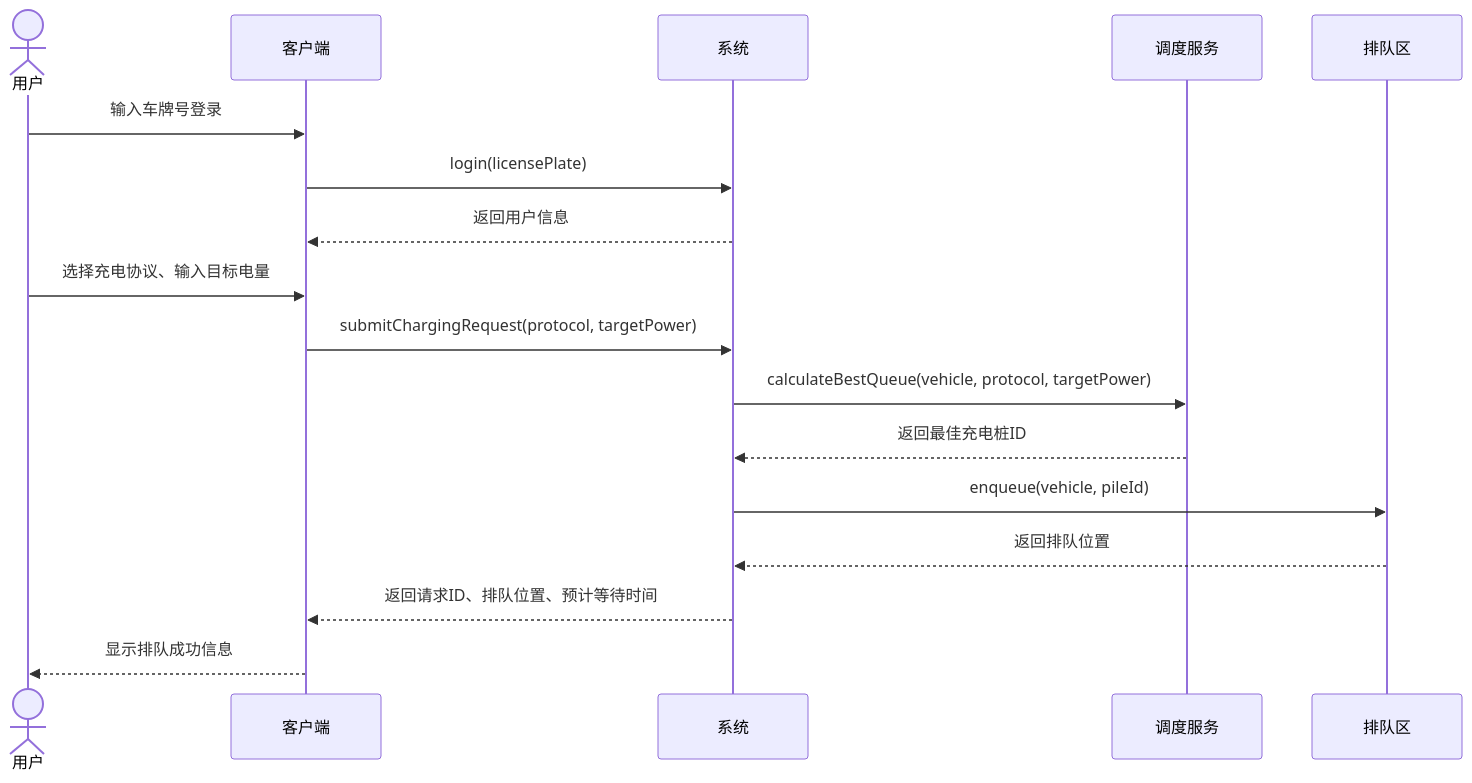
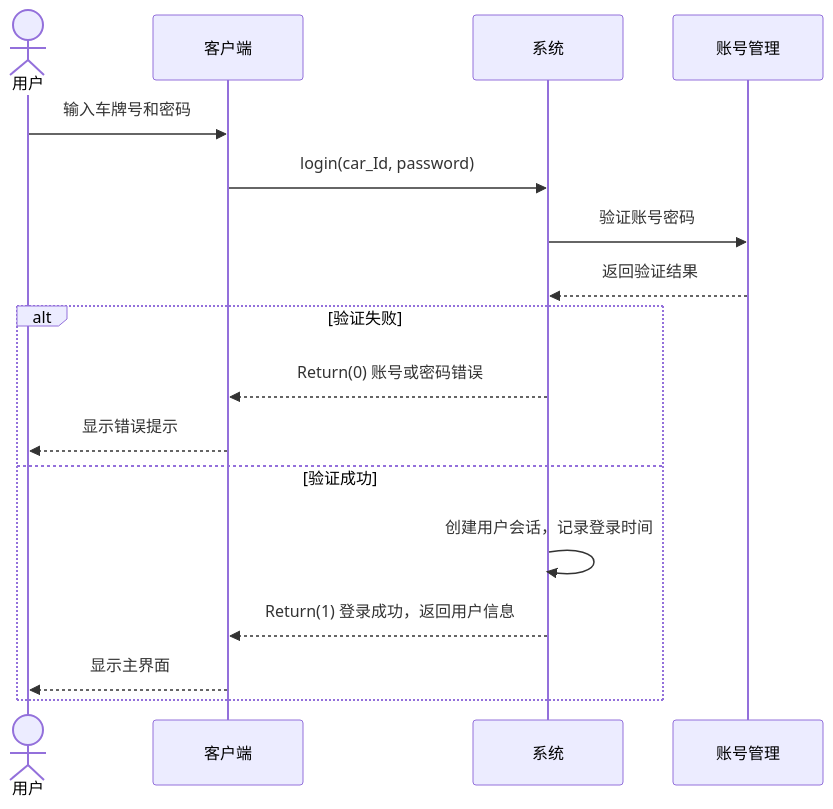
One commit to DuHaoyang626/charge-system changed the third of 19 diagrams in docs/用例模型.md. Above: the diagram before and after it, drawn with Mermaid. The commit also changed other lines of this file and 4 other files, not shown here.

````diff
--- a/docs/用例模型.md
+++ b/docs/用例模型.md
@@ -121,24 +184,22 @@
 ```mermaid
 sequenceDiagram
     actor User as 用户
     participant Client as 客户端
     participant System as 系统
-    participant Dispatch as 调度服务
-    participant Queue as 排队区
+    participant Account as 账号管理
     
-    User->>Client: 输入车牌号登录
-    Client->>System: login(licensePlate)
-    System-->>Client: 返回用户信息
+    User->>Client: 输入车牌号和密码
+    Client->>System: login(car_Id, password)
     
-    User->>Client: 选择充电协议、输入目标电量
-    Client->>System: submitChargingRequest(protocol, targetPower)
+    System->>Account: 验证账号密码
+    Account-->>System: 返回验证结果
     
-    System->>Dispatch: calculateBestQueue(vehicle, protocol, targetPower)
-    Dispatch-->>System: 返回最佳充电桩ID
-    
-    System->>Queue: enqueue(vehicle, pileId)
-    Queue-->>System: 返回排队位置
-    
-    System-->>Client: 返回请求ID、排队位置、预计等待时间
-    Client-->>User: 显示排队成功信息
+    alt 验证失败
+        System-->>Client: Return(0) 账号或密码错误
+        Client-->>User: 显示错误提示
+    else 验证成功
+        System->>System: 创建用户会话，记录登录时间
+        System-->>Client: Return(1) 登录成功，返回用户信息
+        Client-->>User: 显示主界面
+    end
 ```
````
